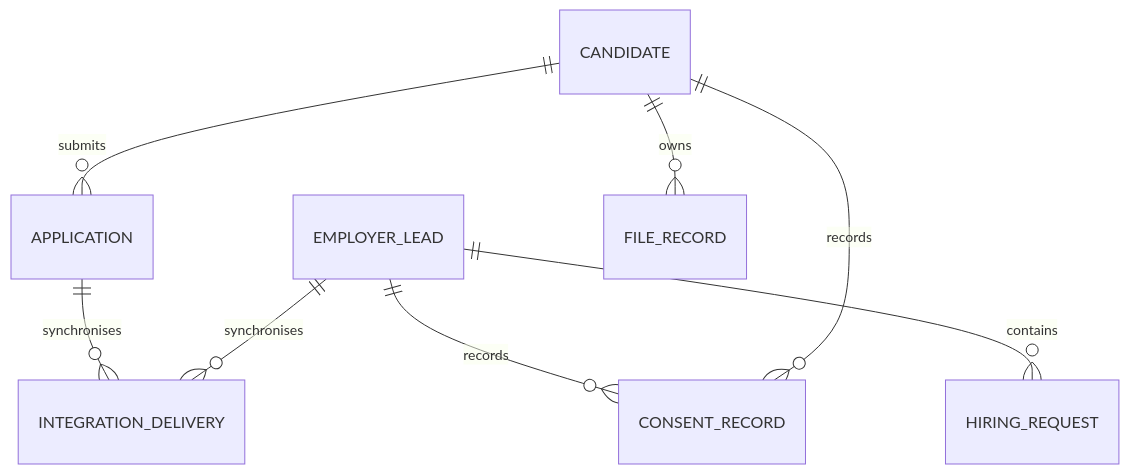
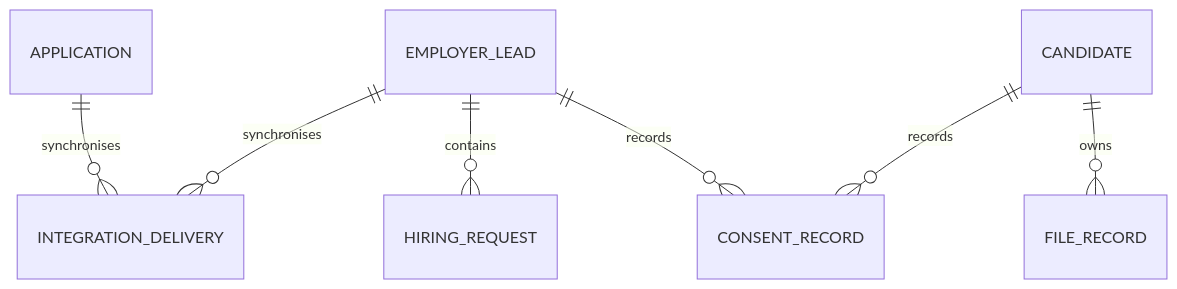
One commit to EmmanuelNwodo/Apex-hr changed the second of 3 diagrams in docs/CONTENT-MODEL.md. Above: the diagram before and after it, drawn with Mermaid. The commit also changed other lines of this file and 44 other files, not shown here.

````diff
--- a/docs/CONTENT-MODEL.md
+++ b/docs/CONTENT-MODEL.md
@@ -793,10 +794,9 @@
 ```mermaid
 erDiagram
     EMPLOYER_LEAD ||--o{ HIRING_REQUEST : contains
-    CANDIDATE ||--o{ APPLICATION : submits
     CANDIDATE ||--o{ FILE_RECORD : owns
     EMPLOYER_LEAD ||--o{ CONSENT_RECORD : records
     CANDIDATE ||--o{ CONSENT_RECORD : records
     APPLICATION ||--o{ INTEGRATION_DELIVERY : synchronises
     EMPLOYER_LEAD ||--o{ INTEGRATION_DELIVERY : synchronises
 ```
````
